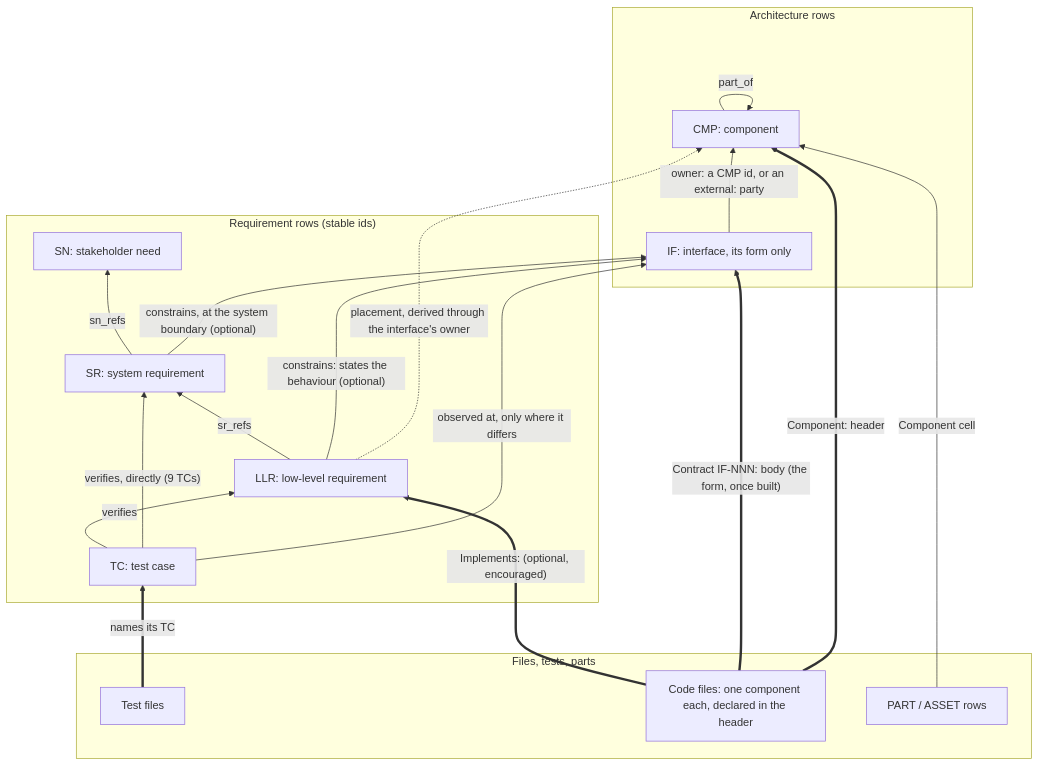
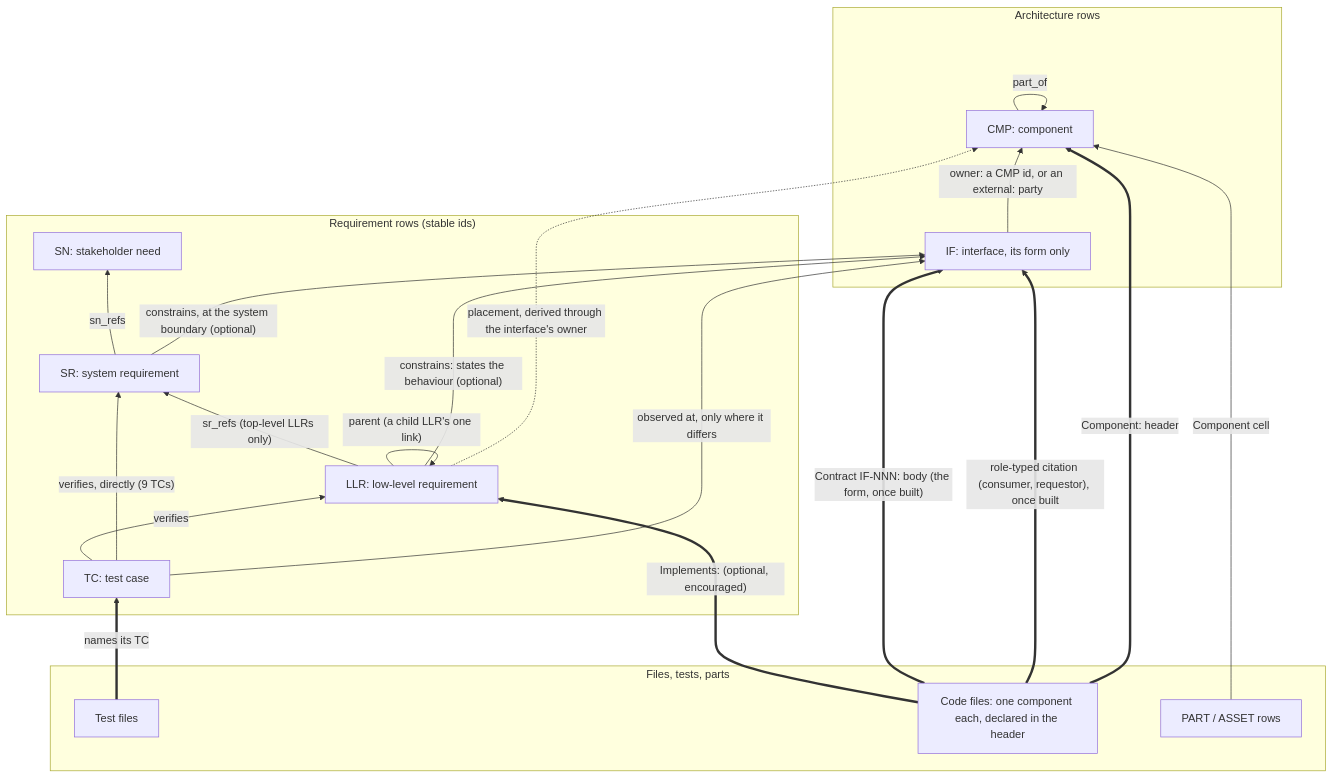
The diagram in docs/plans/2026-10-11-review-churn/pointer-rules.md (diytechy/ai-template), drawn with Mermaid before and after one commit. The commit also changed other lines of this file and 12 other files, not shown here.

````diff
--- a/docs/plans/2026-10-11-review-churn/pointer-rules.md
+++ b/docs/plans/2026-10-11-review-churn/pointer-rules.md
@@ -19,34 +21,36 @@
 ```mermaid
 flowchart BT
   subgraph REQ["Requirement rows (stable ids)"]
     SN["SN: stakeholder need"]
     SR["SR: system requirement"]
     LLR["LLR: low-level requirement"]
     TC["TC: test case"]
   end
   subgraph ARCH["Architecture rows"]
     IF["IF: interface, its form only"]
     CMP["CMP: component"]
   end
   subgraph REAL["Files, tests, parts"]
     TESTS["Test files"]
     CODE["Code files: one component each, declared in the header"]
     PARTS["PART / ASSET rows"]
   end
 
   SR -->|sn_refs| SN
-  LLR -->|sr_refs| SR
+  LLR -->|"sr_refs (top-level LLRs only)"| SR
+  LLR -->|"parent (a child LLR's one link)"| LLR
   TC -->|verifies| LLR
   TC -->|"verifies, directly (9 TCs)"| SR
   LLR -->|"constrains: states the behaviour (optional)"| IF
   SR -->|"constrains, at the system boundary (optional)"| IF
   TC -->|"observed at, only where it differs"| IF
   IF -->|"owner: a CMP id, or an external: party"| CMP
   CMP -->|part_of| CMP
   TESTS ==>|"names its TC"| TC
   CODE ==>|"Implements: (optional, encouraged)"| LLR
   CODE ==>|"Contract IF-NNN: body (the form, once built)"| IF
+  CODE ==>|"role-typed citation (consumer, requestor), once built"| IF
   CODE ==>|"Component: header"| CMP
   PARTS -->|Component cell| CMP
   LLR -. "placement, derived through the interface's owner" .-> CMP
 ```
````
